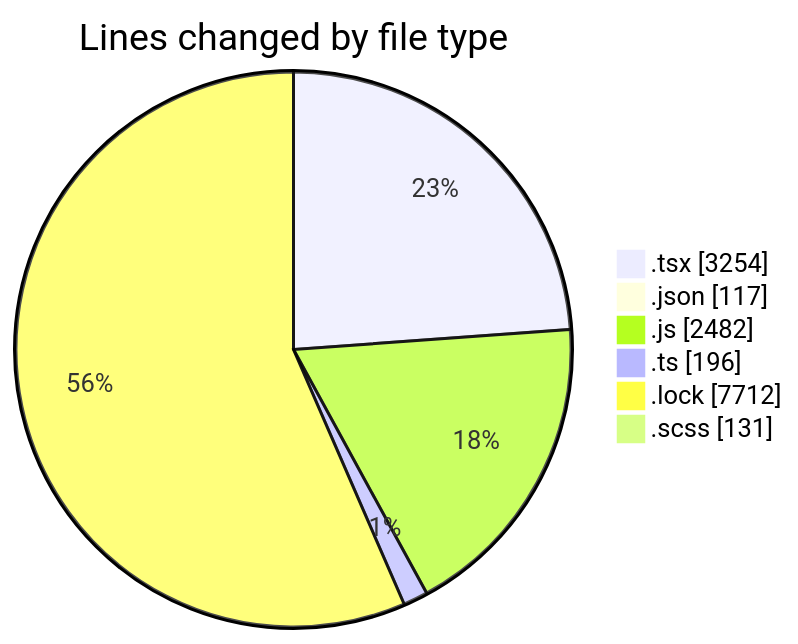
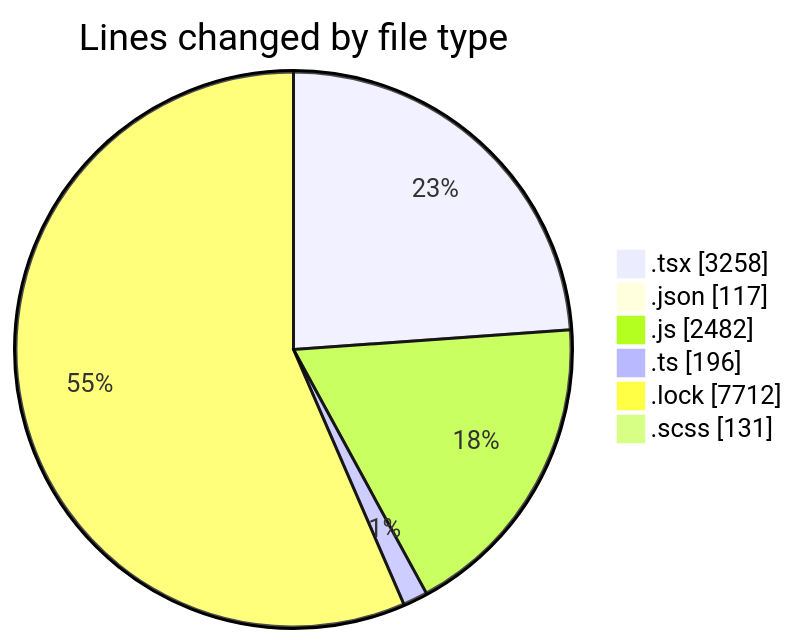
Before and after one commit to momahboobian/code-tracking: the first of 2 diagrams in 2025-04-28/cda/README.md, drawn with Mermaid. The commit also changed other lines of this file and 1 other file, not shown here.

````diff
--- a/2025-04-28/cda/README.md
+++ b/2025-04-28/cda/README.md
@@ -43,10 +43,10 @@
 ```mermaid
 pie showData
 title Lines changed by file type
-".tsx" : 3254
+".tsx" : 3258
 ".json" : 117
 ".js" : 2482
 ".ts" : 196
 ".lock" : 7712
 ".scss" : 131
 ```
````
